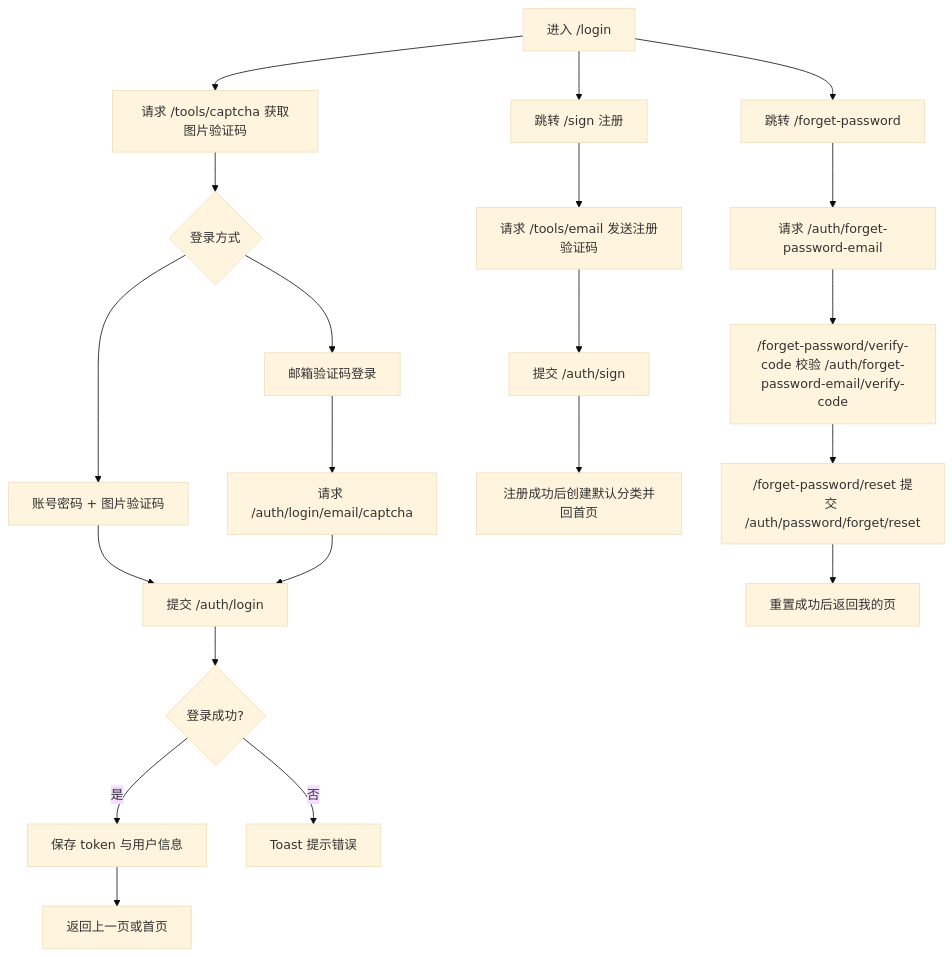
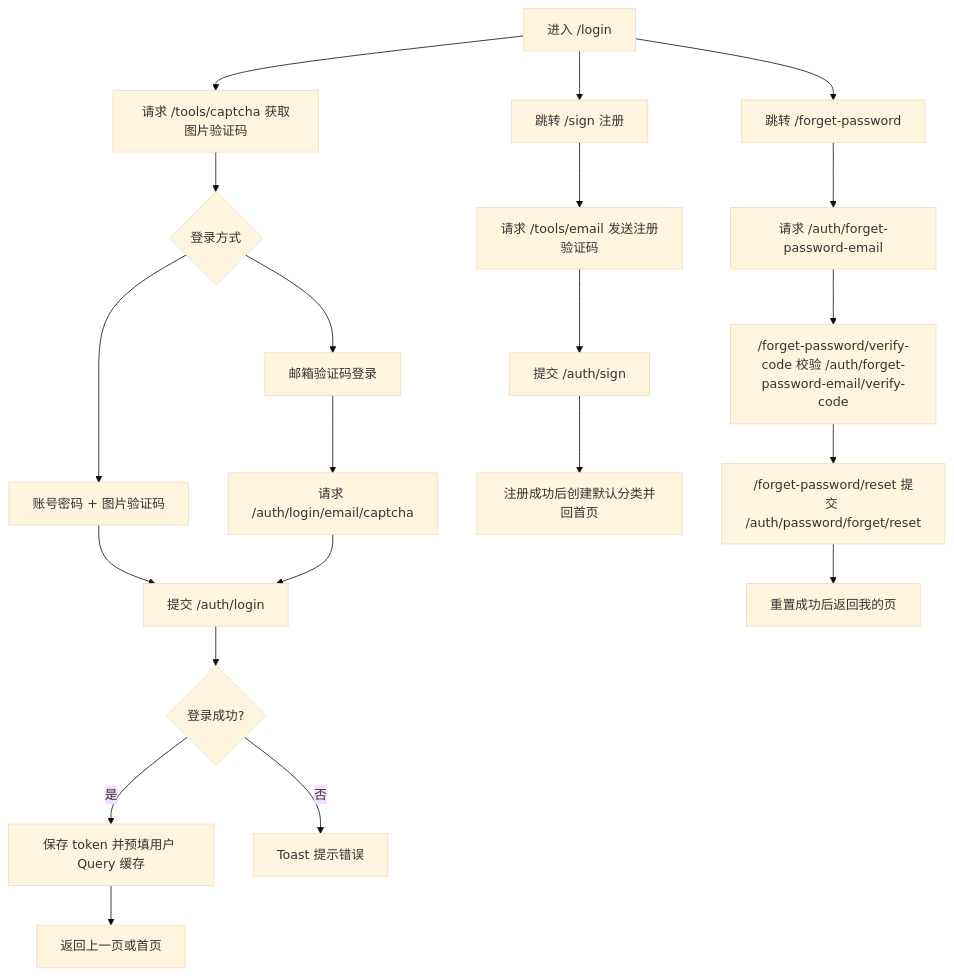
Before and after one commit to whale-wave/ww-bill-client: the second of 12 diagrams in docs/flowcharts/feature-flows.md, drawn with Mermaid (base theme). The commit also changed other lines of this file and 3 other files, not shown here.

````diff
--- a/docs/flowcharts/feature-flows.md
+++ b/docs/flowcharts/feature-flows.md
@@ -70,25 +70,25 @@
 ```mermaid
 flowchart TD
   Entry["进入 /login"] --> Captcha["请求 /tools/captcha 获取图片验证码"]
   Captcha --> Mode{"登录方式"}
   Mode --> PasswordLogin["账号密码 + 图片验证码"]
   Mode --> EmailLogin["邮箱验证码登录"]
   EmailLogin --> SendLoginEmail["请求 /auth/login/email/captcha"]
   PasswordLogin --> SubmitLogin["提交 /auth/login"]
   SendLoginEmail --> SubmitLogin
   SubmitLogin --> LoginOk{"登录成功?"}
-  LoginOk -->|是| StoreToken["保存 token 与用户信息"]
+  LoginOk -->|是| StoreToken["保存 token 并预填用户 Query 缓存"]
   StoreToken --> Back["返回上一页或首页"]
   LoginOk -->|否| ShowError["Toast 提示错误"]
 
   Entry --> Sign["跳转 /sign 注册"]
   Sign --> SendEmail["请求 /tools/email 发送注册验证码"]
   SendEmail --> SubmitSign["提交 /auth/sign"]
   SubmitSign --> SignOk["注册成功后创建默认分类并回首页"]
 
   Entry --> Forget["跳转 /forget-password"]
   Forget --> SendForgetEmail["请求 /auth/forget-password-email"]
   SendForgetEmail --> VerifyCode["/forget-password/verify-code 校验 /auth/forget-password-email/verify-code"]
   VerifyCode --> Reset["/forget-password/reset 提交 /auth/password/forget/reset"]
   Reset --> Done["重置成功后返回我的页"]
 ```
````
